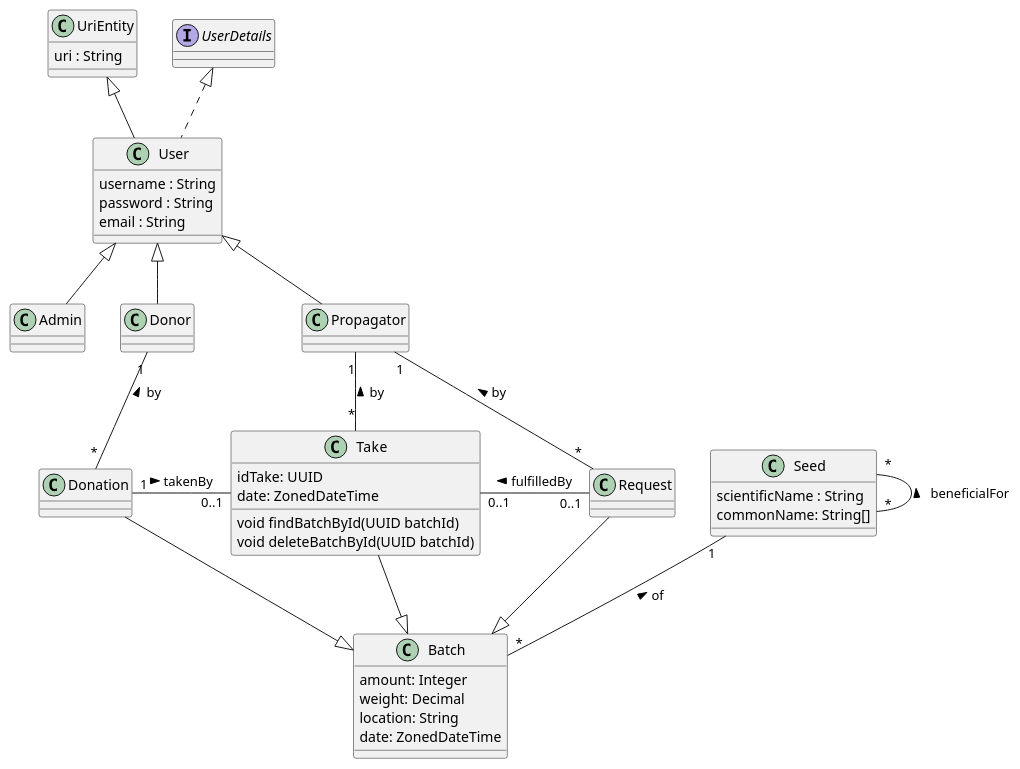
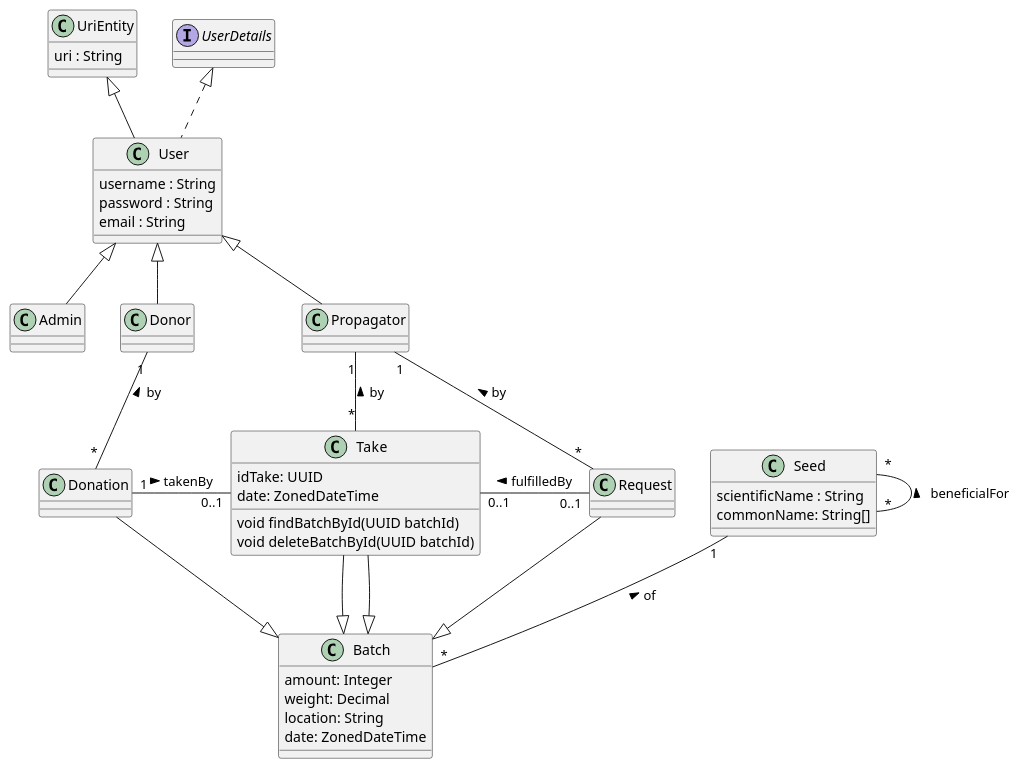
The diagram in EntitiesModel.puml (UdL-EPS-SoftArch/seedbank-gei-api), drawn with PlantUML before and after one commit.

Commit message:
Fixes .puml Take relation error

```diff
--- a/EntitiesModel.puml
+++ b/EntitiesModel.puml
@@ -1,49 +1,51 @@
 @startuml
 
 class UriEntity {
   uri : String
 }
 class User extends UriEntity implements UserDetails {
   username : String
   password : String
   email : String
 }
 class Admin extends User {
 }
 class Donor extends User {
 }
 class Propagator extends User {
 }
 
 Donor "1" -- "*" Donation : by <
 Propagator "1" -- "*" Take : by <
 Propagator "1" -- "*" Request : by <
 
 class Seed {
   scientificName : String
   commonName: String[]
 }
 Seed "*" -- "*" Seed : beneficialFor <
 Seed "1" -- "*" Batch : of <
 
 class Batch {
   amount: Integer
   weight: Decimal
   location: String
   date: ZonedDateTime
 }
 
+Take --|> Batch
+
 class Take extends Batch {
     idTake: UUID
     date: ZonedDateTime
 
     void findBatchById(UUID batchId)
     void deleteBatchById(UUID batchId)
 }
 Donation --|> Batch
 Request --|> Batch
 
 Donation "1" --right-- "0..1" Take : takenBy >
 Request "0..1" --left-- "0..1" Take : fulfilledBy >
 
 @enduml
```
